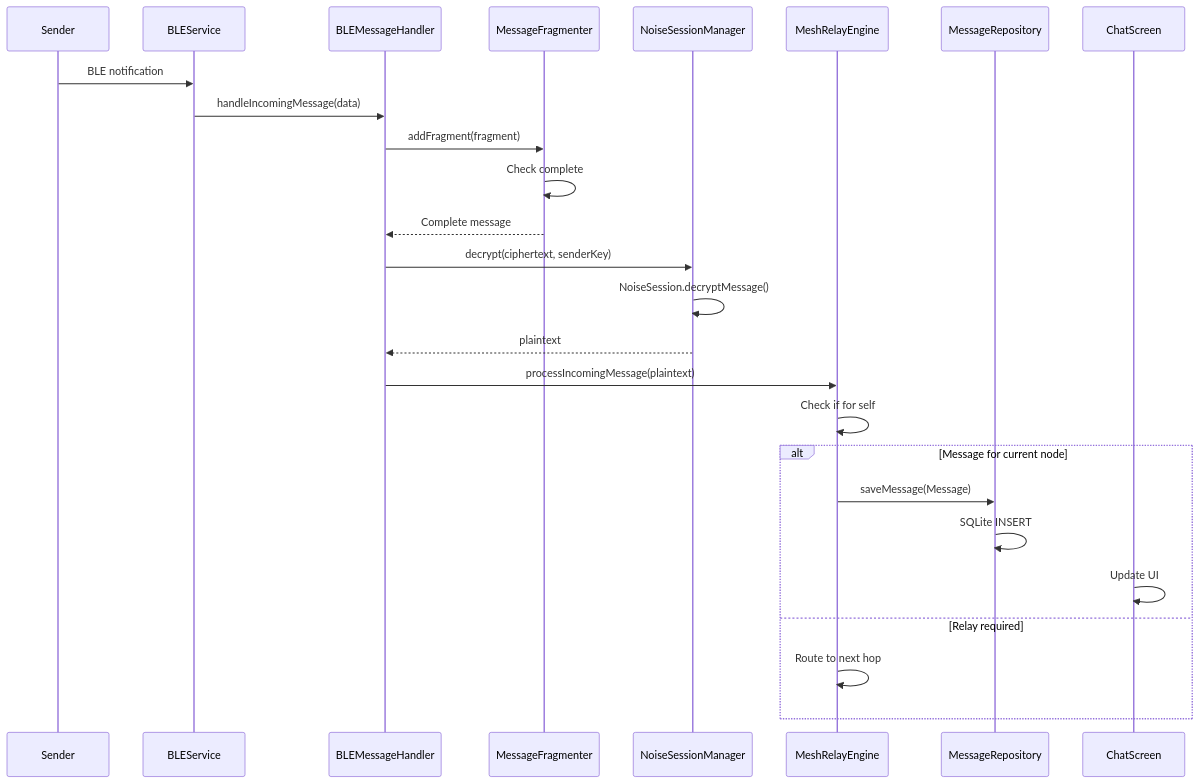
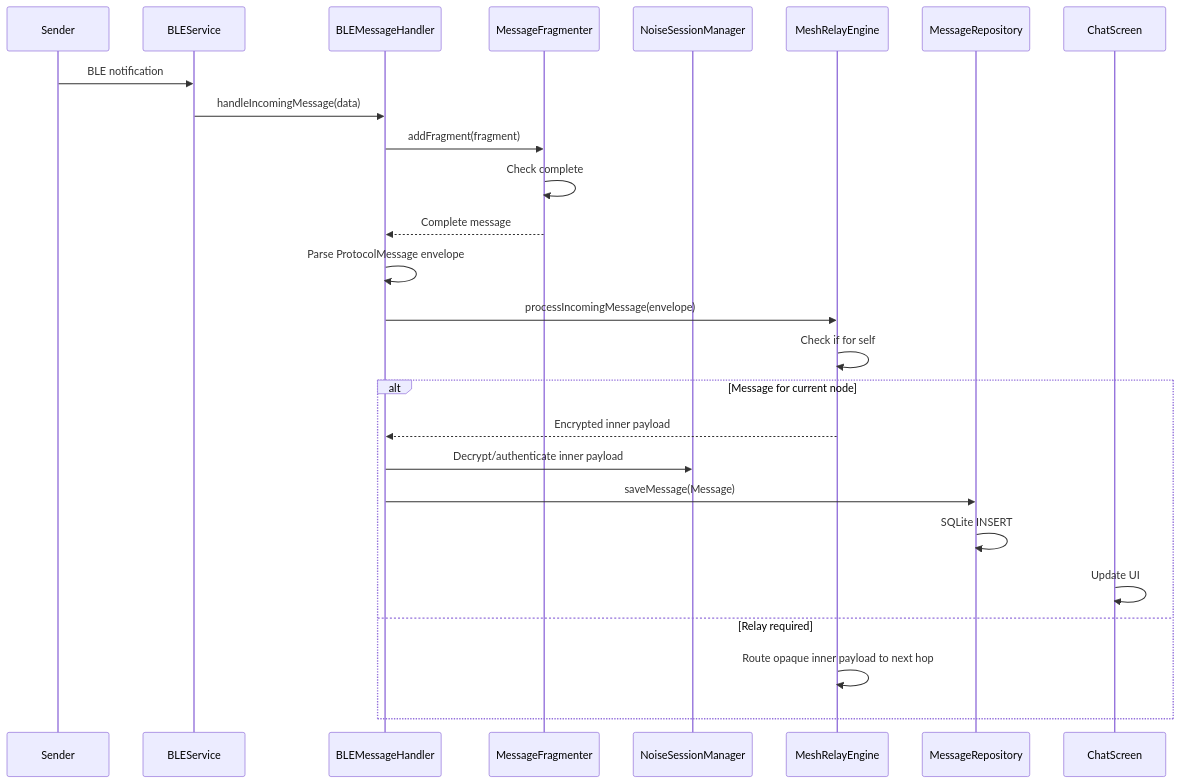
Before and after one commit to AbubakarMahmood1/pak_connect_final: the second of 6 diagrams in docs/srs/06-sequence-diagrams.md, drawn with Mermaid. The commit also changed other lines of this file and 27 other files, not shown here.

````diff
--- a/docs/srs/06-sequence-diagrams.md
+++ b/docs/srs/06-sequence-diagrams.md
@@ -109,29 +107,29 @@
 ```mermaid
 sequenceDiagram
     participant S as Sender
     participant BLE as BLEService
     participant MH as BLEMessageHandler
     participant MF as MessageFragmenter
     participant NSM as NoiseSessionManager
     participant MRE as MeshRelayEngine
     participant MR as MessageRepository
     participant CS as ChatScreen
 
     S->>BLE: BLE notification
     BLE->>MH: handleIncomingMessage(data)
     MH->>MF: addFragment(fragment)
     MF->>MF: Check complete
     MF-->>MH: Complete message
-    MH->>NSM: decrypt(ciphertext, senderKey)
-    NSM->>NSM: NoiseSession.decryptMessage()
-    NSM-->>MH: plaintext
-    MH->>MRE: processIncomingMessage(plaintext)
+    MH->>MH: Parse ProtocolMessage envelope
+    MH->>MRE: processIncomingMessage(envelope)
     MRE->>MRE: Check if for self
     alt Message for current node
-        MRE->>MR: saveMessage(Message)
+        MRE-->>MH: Encrypted inner payload
+        MH->>NSM: Decrypt/authenticate inner payload
+        MH->>MR: saveMessage(Message)
         MR->>MR: SQLite INSERT
         CS->>CS: Update UI
     else Relay required
-        MRE->>MRE: Route to next hop
+        MRE->>MRE: Route opaque inner payload to next hop
     end
 ```
````
